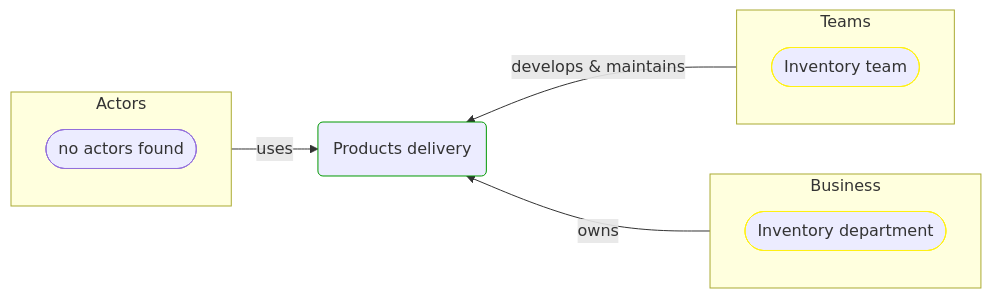
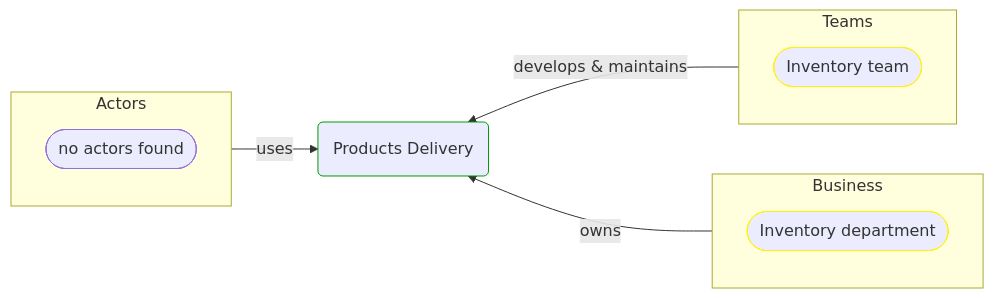
Before and after one commit to itlibrium/DDD-starter-dotnet: the fourth of 4 diagrams in Docs/P3/MermaidOutput/Domain/Processes/ProductsDelivery.md, drawn with Mermaid. The commit also changed other lines of this file and 237 other files, not shown here.

````diff
--- a/Docs/P3/MermaidOutput/Domain/Processes/ProductsDelivery.md
+++ b/Docs/P3/MermaidOutput/Domain/Processes/ProductsDelivery.md
@@ -69,30 +69,30 @@
 ```mermaid
   flowchart LR
     subgraph 0["Actors"]
       direction TB
       1([no actors found])
     end
-    2(Products delivery)
+    2(Products Delivery)
     class 2 DomainPerspective
     0-->|uses|2
     subgraph 3["Teams"]
       direction TB
       4([Inventory team])
       class 4 PeoplePerspective
     end
     2---3
     3-->|develops & maintains|2
     3---2
     subgraph 5["Business"]
       direction TB
       6([Inventory department])
       class 6 PeoplePerspective
     end
     2---5
     5-->|owns|2
     5---2
     linkStyle 1,3,4,6 stroke:none
     classDef DomainPerspective stroke:#009900
     classDef TechnologyPerspective stroke:#1F41EB
     classDef PeoplePerspective stroke:#FFF014
 ```
````
